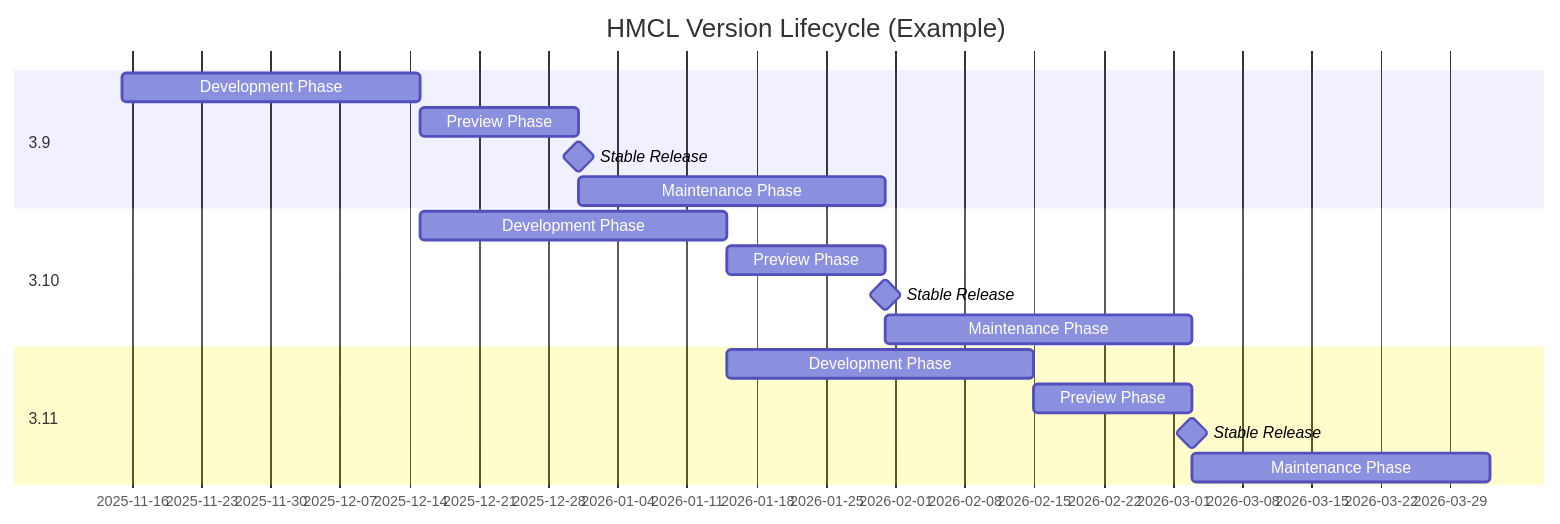
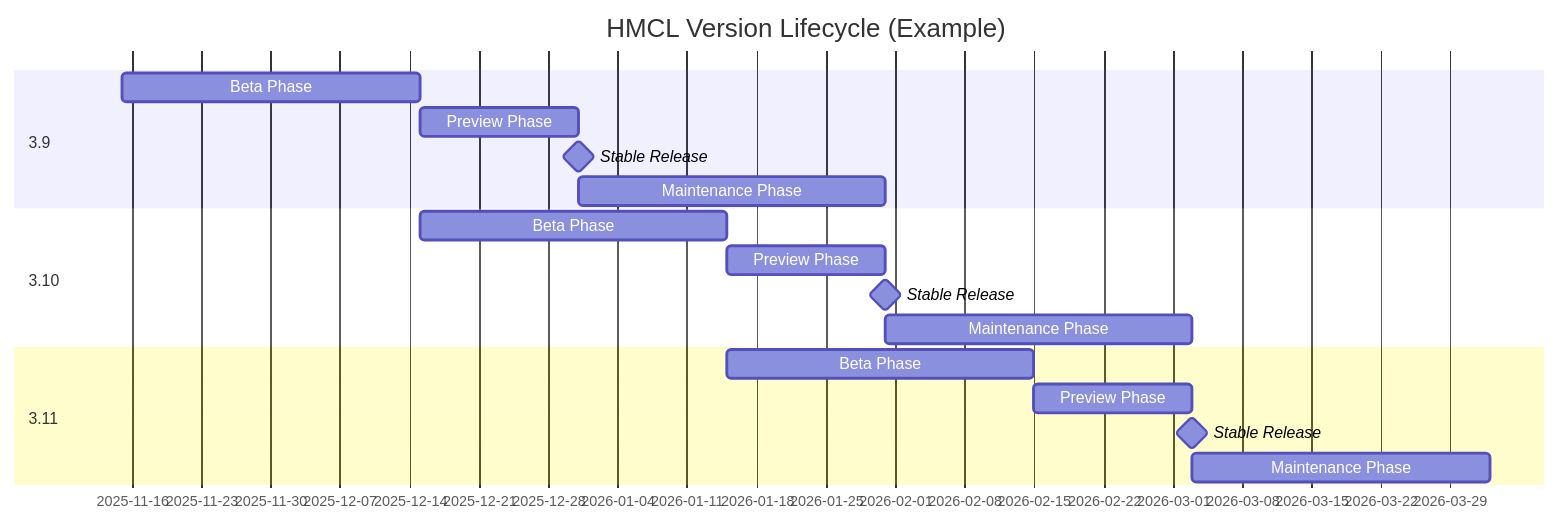
The diagram in docs/ReleaseSchedule.md (HMCL-dev/HMCL), drawn with Mermaid before and after one commit. The commit also changed other lines of this file and 1 other file, not shown here.

````diff
--- a/docs/ReleaseSchedule.md
+++ b/docs/ReleaseSchedule.md
@@ -49,19 +49,19 @@
 ```mermaid
 gantt
     title HMCL Version Lifecycle (Example)
     section 3.9
-        Development Phase: a1, 2025-11-15, 30d
+        Beta Phase: a1, 2025-11-15, 30d
         Preview Phase: a2, after a1, 16d
         Stable Release: milestone, after a2, 0d
         Maintenance Phase: a3, after a2, 31d
     section 3.10
-        Development Phase: b1, after a1, 31d
+        Beta Phase: b1, after a1, 31d
         Preview Phase: b2, after b1, 16d
         Stable Release: milestone, after b2, 0d
         Maintenance Phase: b3, after b2, 31d
     section 3.11
-        Development Phase: c1, after b1, 31d
+        Beta Phase: c1, after b1, 31d
         Preview Phase: c2, after c1, 16d
         Stable Release: milestone, after c2, 0d
         Maintenance Phase: c3, after c2, 30d
 ```
````
